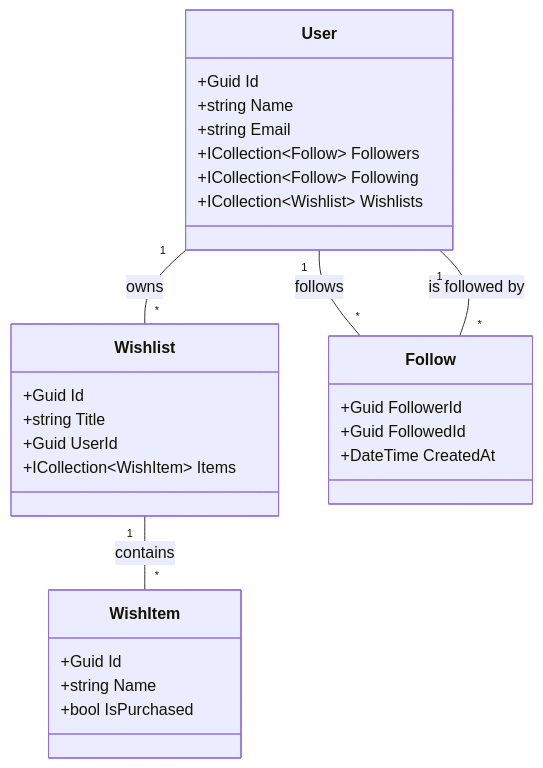
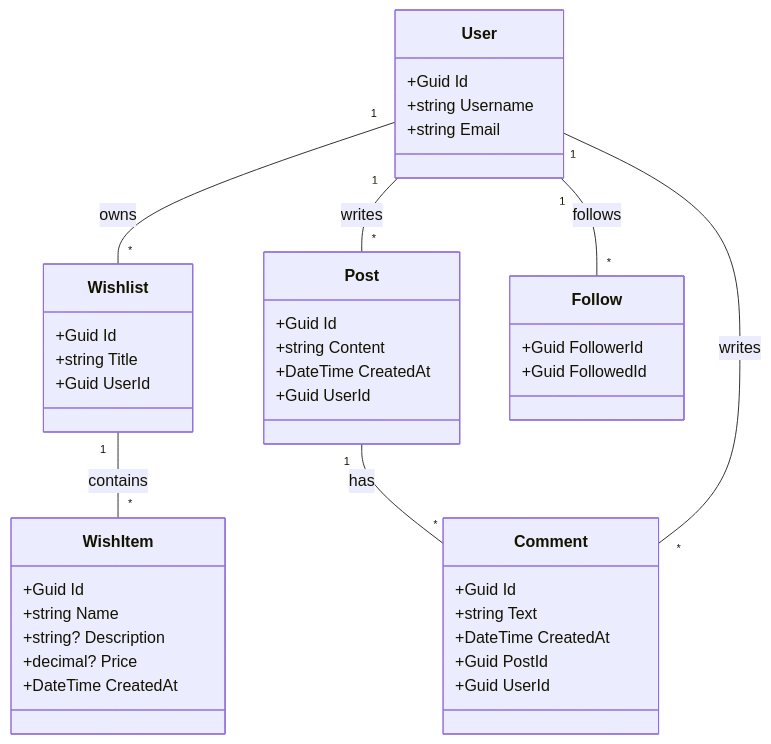
One commit to jmrodri610/wisheo-backend-dotnet changed the first of 4 diagrams in README.md. Above: the diagram before and after it, drawn with Mermaid. The commit also changed other lines of this file, not shown here.

````diff
--- a/README.md
+++ b/README.md
@@ -19,32 +19,44 @@
 ```mermaid
 classDiagram
     class User {
         +Guid Id
-        +string Name
+        +string Username
         +string Email
-        +ICollection~Follow~ Followers
-        +ICollection~Follow~ Following
-        +ICollection~Wishlist~ Wishlists
     }
     class Wishlist {
         +Guid Id
         +string Title
         +Guid UserId
-        +ICollection~WishItem~ Items
     }
     class WishItem {
         +Guid Id
         +string Name
-        +bool IsPurchased
+        +string? Description
+        +decimal? Price
+        +DateTime CreatedAt
+    }
+    class Post {
+        +Guid Id
+        +string Content
+        +DateTime CreatedAt
+        +Guid UserId
+    }
+    class Comment {
+        +Guid Id
+        +string Text
+        +DateTime CreatedAt
+        +Guid PostId
+        +Guid UserId
     }
     class Follow {
         +Guid FollowerId
         +Guid FollowedId
-        +DateTime CreatedAt
     }
 
     User "1" -- "*" Wishlist : owns
     Wishlist "1" -- "*" WishItem : contains
+    User "1" -- "*" Post : writes
+    Post "1" -- "*" Comment : has
+    User "1" -- "*" Comment : writes
     User "1" -- "*" Follow : follows
-    Follow "*" -- "1" User : is followed by
 ```
````
